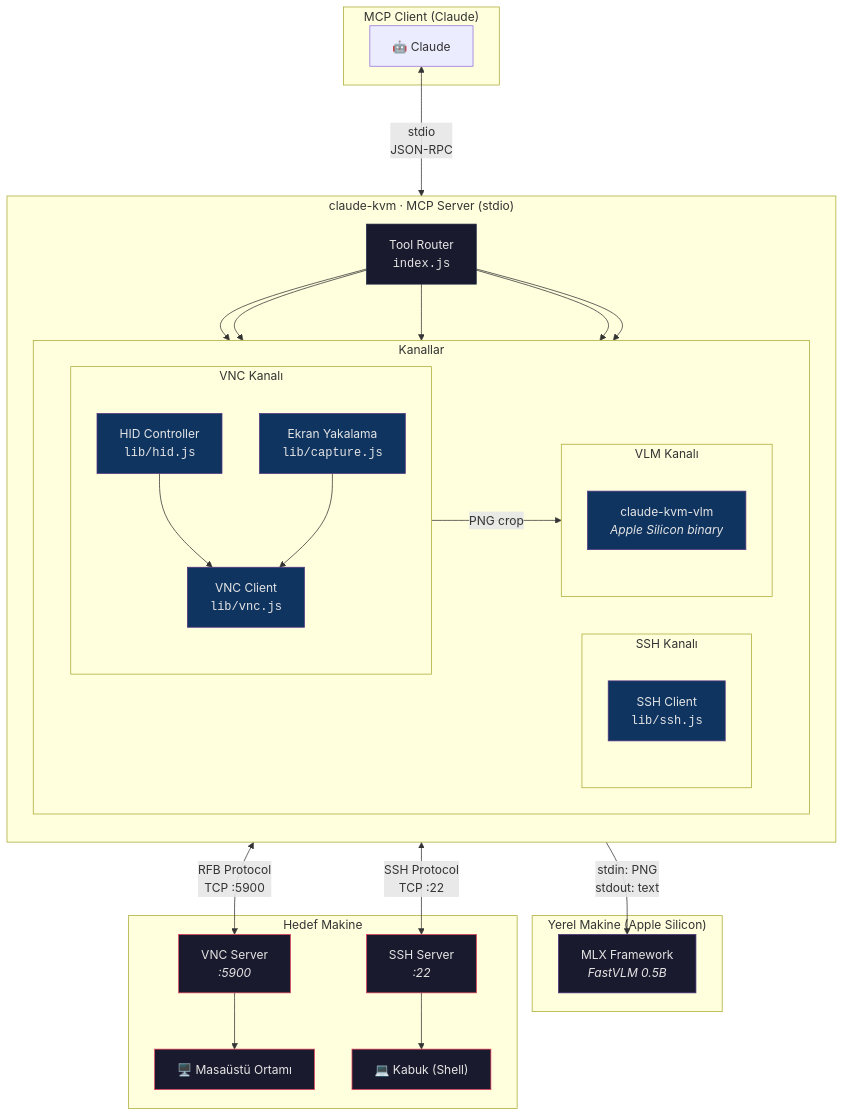
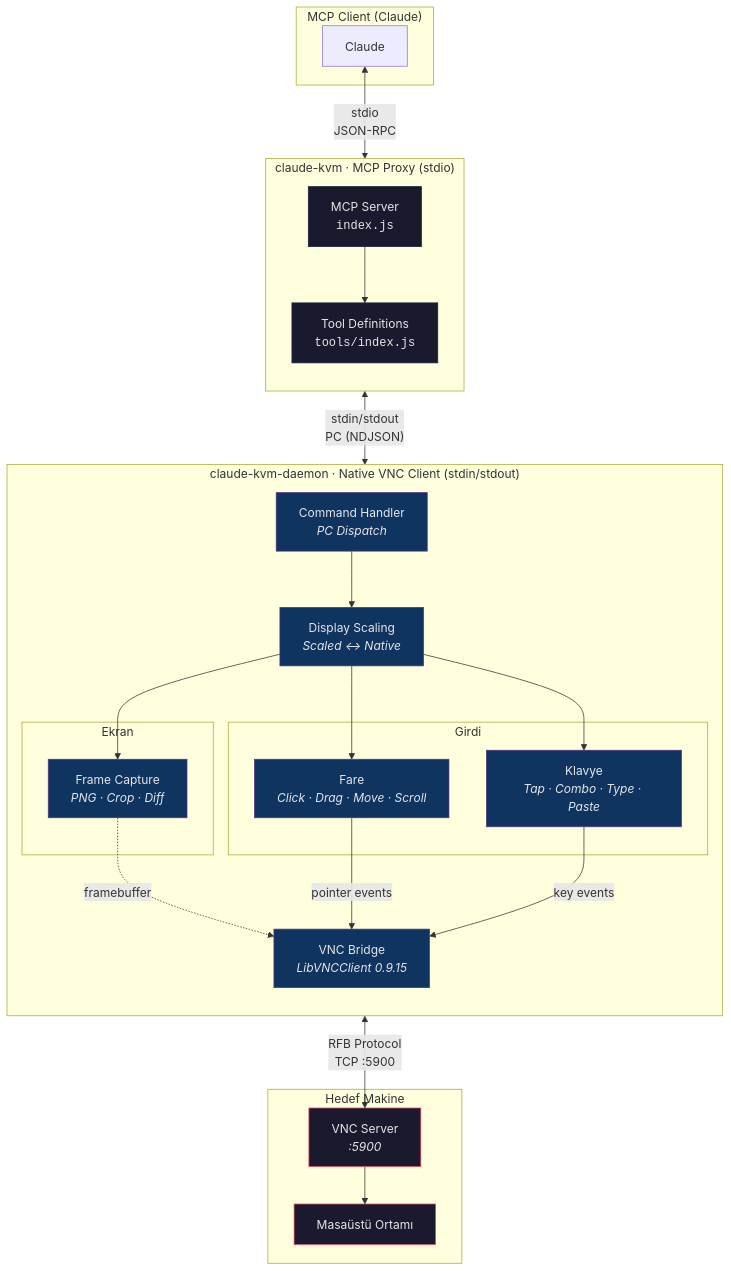
One commit to ARAS-Workspace/claude-kvm changed the diagram in README_TR.md. Above: the diagram before and after it, drawn with Mermaid. The commit also changed other lines of this file and 5 other files, not shown here.

````diff
--- a/README_TR.md
+++ b/README_TR.md
@@ -9,72 +7,56 @@
 ```mermaid
 graph TB
     subgraph MCP["MCP Client (Claude)"]
-        AI["🤖 Claude"]
+        AI["Claude"]
     end
 
-    subgraph Server["claude-kvm · MCP Server (stdio)"]
+    subgraph Proxy["claude-kvm · MCP Proxy (stdio)"]
         direction TB
-        Router["Tool Router<br/><code>index.js</code>"]
-
-        subgraph Channels["Kanallar"]
-            direction LR
-            subgraph VNC_Ch["VNC Kanalı"]
-                direction TB
-                VNC_Client["VNC Client<br/><code>lib/vnc.js</code>"]
-                HID["HID Controller<br/><code>lib/hid.js</code>"]
-                Capture["Ekran Yakalama<br/><code>lib/capture.js</code>"]
-            end
-
-            subgraph SSH_Ch["SSH Kanalı"]
-                direction TB
-                SSH_Client["SSH Client<br/><code>lib/ssh.js</code>"]
-            end
-
-            subgraph VLM_Ch["VLM Kanalı"]
-                direction TB
-                VLM_Bin["claude-kvm-vlm<br/><i>Apple Silicon binary</i>"]
-            end
-        end
+        Server["MCP Server<br/><code>index.js</code>"]
+        Tools["Tool Definitions<br/><code>tools/index.js</code>"]
+        Server --> Tools
     end
 
-    subgraph Local["Yerel Makine (Apple Silicon)"]
-        MLX["MLX Framework<br/><i>FastVLM 0.5B</i>"]
+    subgraph Daemon["claude-kvm-daemon · Native VNC Client (stdin/stdout)"]
+        direction TB
+        CMD["Command Handler<br/><i>PC Dispatch</i>"]
+        Scale["Display Scaling<br/><i>Scaled ↔ Native</i>"]
+
+        subgraph Screen["Ekran"]
+            Capture["Frame Capture<br/><i>PNG · Crop · Diff</i>"]
+        end
+
+        subgraph InputGroup["Girdi"]
+            Mouse["Fare<br/><i>Click · Drag · Move · Scroll</i>"]
+            KB["Klavye<br/><i>Tap · Combo · Type · Paste</i>"]
+        end
+
+        VNC["VNC Bridge<br/><i>LibVNCClient 0.9.15</i>"]
+
+        CMD --> Scale
+        Scale --> Capture
+        Scale --> Mouse
+        Scale --> KB
+        Capture -.->|"framebuffer"| VNC
+        Mouse -->|"pointer events"| VNC
+        KB -->|"key events"| VNC
     end
 
     subgraph Target["Hedef Makine"]
         VNC_Server["VNC Server<br/><i>:5900</i>"]
-        SSH_Server["SSH Server<br/><i>:22</i>"]
-
-        Desktop["🖥️ Masaüstü Ortamı"]
-        Shell["💻 Kabuk (Shell)"]
+        Desktop["Masaüstü Ortamı"]
+        VNC_Server --> Desktop
     end
 
-    AI <--->|"stdio<br/>JSON-RPC"| Router
+    AI <-->|"stdio<br/>JSON-RPC"| Server
+    Server <-->|"stdin/stdout<br/>PC (NDJSON)"| CMD
+    VNC <-->|"RFB Protocol<br/>TCP :5900"| VNC_Server
 
-    Router --> VNC_Client
-    Router --> HID
-    Router --> Capture
-    Router --> SSH_Client
-    Router --> VLM_Bin
+    classDef proxy fill:#1a1a2e,stroke:#16213e,color:#e5e5e5
+    classDef daemon fill:#0f3460,stroke:#533483,color:#e5e5e5
+    classDef target fill:#1a1a2e,stroke:#e94560,color:#e5e5e5
 
-    VNC_Client <-->|"RFB Protocol<br/>TCP :5900"| VNC_Server
-    HID --> VNC_Client
-    Capture --> VNC_Client
-    Capture -->|"PNG crop"| VLM_Bin
-
-    SSH_Client <-->|"SSH Protocol<br/>TCP :22"| SSH_Server
-    VLM_Bin -->|"stdin: PNG<br/>stdout: text"| MLX
-
-    VNC_Server --> Desktop
-    SSH_Server --> Shell
-
-    classDef server fill:#1a1a2e,stroke:#16213e,color:#e5e5e5
-    classDef channel fill:#0f3460,stroke:#533483,color:#e5e5e5
-    classDef target fill:#1a1a2e,stroke:#e94560,color:#e5e5e5
-    classDef local fill:#1a1a2e,stroke:#533483,color:#e5e5e5
-
-    class Router server
-    class VNC_Client,HID,Capture,SSH_Client,VLM_Bin channel
-    class VNC_Server,SSH_Server,Desktop,Shell target
-    class MLX local
+    class Server,Tools proxy
+    class CMD,Scale,VNC,Capture,Mouse,KB daemon
+    class VNC_Server,Desktop target
 ```
````
